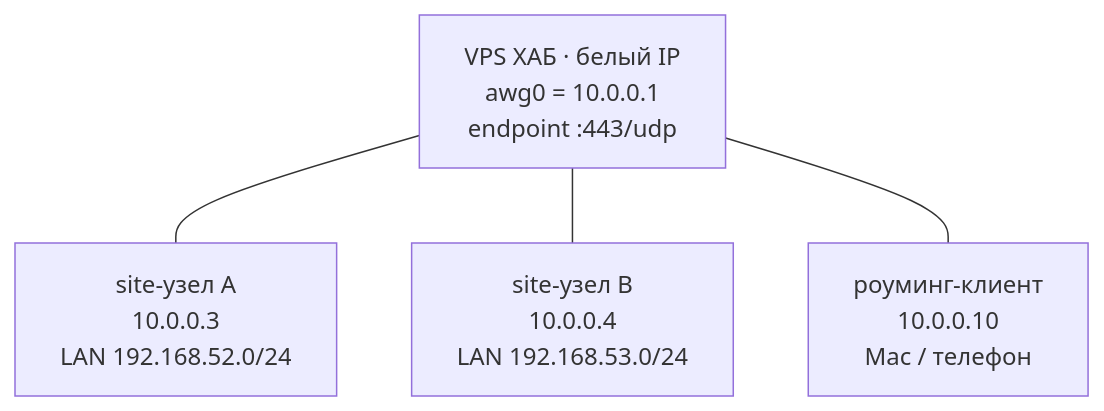
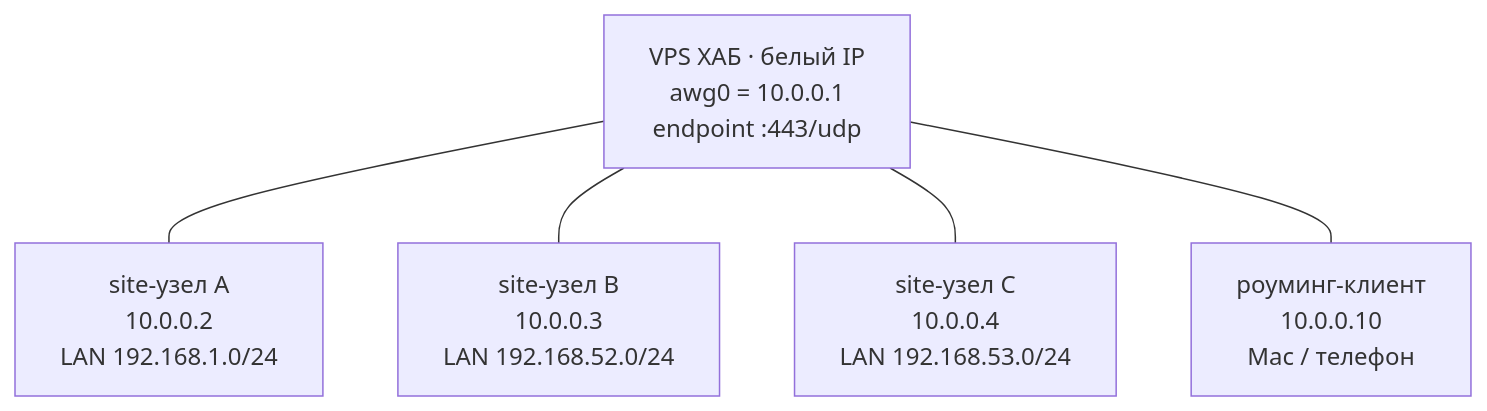
The diagram in docs/00-overview.md (lastik9/amneziawg-hub), drawn with Mermaid before and after one commit. The commit also changed other lines of this file and 1 other file, not shown here.

Commit message:
docs: топология и пример конфига под три площадки (192.168.1/52/53)

````diff
--- a/docs/00-overview.md
+++ b/docs/00-overview.md
@@ -7,7 +7,8 @@
 ```mermaid
 flowchart TD
     HUB["VPS ХАБ · белый IP<br>awg0 = 10.0.0.1<br>endpoint :443/udp"]
-    HUB --- A["site-узел A<br>10.0.0.3<br>LAN 192.168.52.0/24"]
-    HUB --- B["site-узел B<br>10.0.0.4<br>LAN 192.168.53.0/24"]
-    HUB --- C["роуминг-клиент<br>10.0.0.10<br>Mac / телефон"]
+    HUB --- A["site-узел A<br>10.0.0.2<br>LAN 192.168.1.0/24"]
+    HUB --- B["site-узел B<br>10.0.0.3<br>LAN 192.168.52.0/24"]
+    HUB --- C["site-узел C<br>10.0.0.4<br>LAN 192.168.53.0/24"]
+    HUB --- D["роуминг-клиент<br>10.0.0.10<br>Mac / телефон"]
 ```
````
